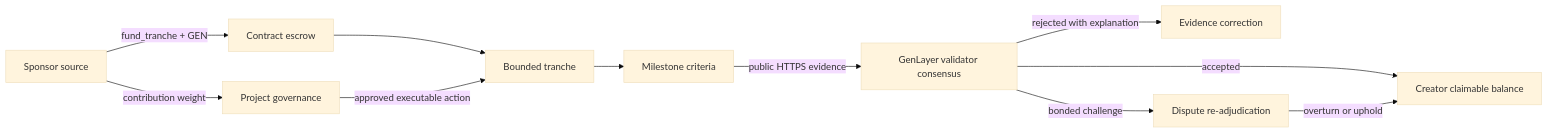
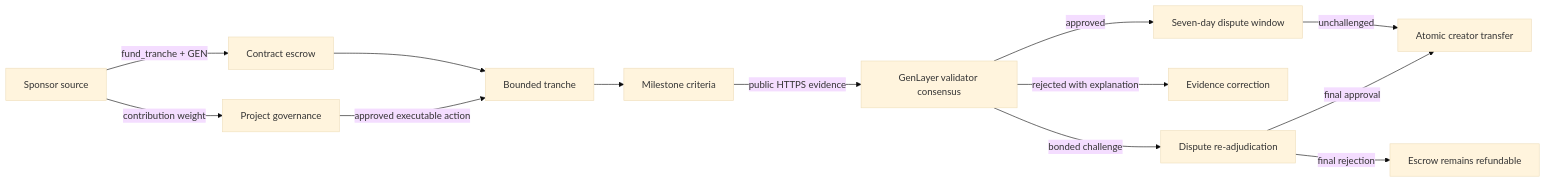
One commit to AbstrusImad/prooffund changed the diagram in README.md. Above: the diagram before and after it, drawn with Mermaid (base theme). The commit also changed other lines of this file and 32 other files, not shown here.

````diff
--- a/README.md
+++ b/README.md
@@ -50,13 +50,15 @@
 ```mermaid
 flowchart LR
     S["Sponsor source"] -->|fund_tranche + GEN| E["Contract escrow"]
     E --> T["Bounded tranche"]
     T --> M["Milestone criteria"]
     M -->|public HTTPS evidence| V["GenLayer validator consensus"]
-    V -->|accepted| R["Creator claimable balance"]
+    V -->|approved| W["Seven-day dispute window"]
+    W -->|unchallenged| R["Atomic creator transfer"]
     V -->|rejected with explanation| C["Evidence correction"]
     V -->|bonded challenge| D["Dispute re-adjudication"]
-    D -->|overturn or uphold| R
+    D -->|final approval| R
+    D -->|final rejection| F["Escrow remains refundable"]
     S -->|contribution weight| G["Project governance"]
     G -->|approved executable action| T
 ```
````
